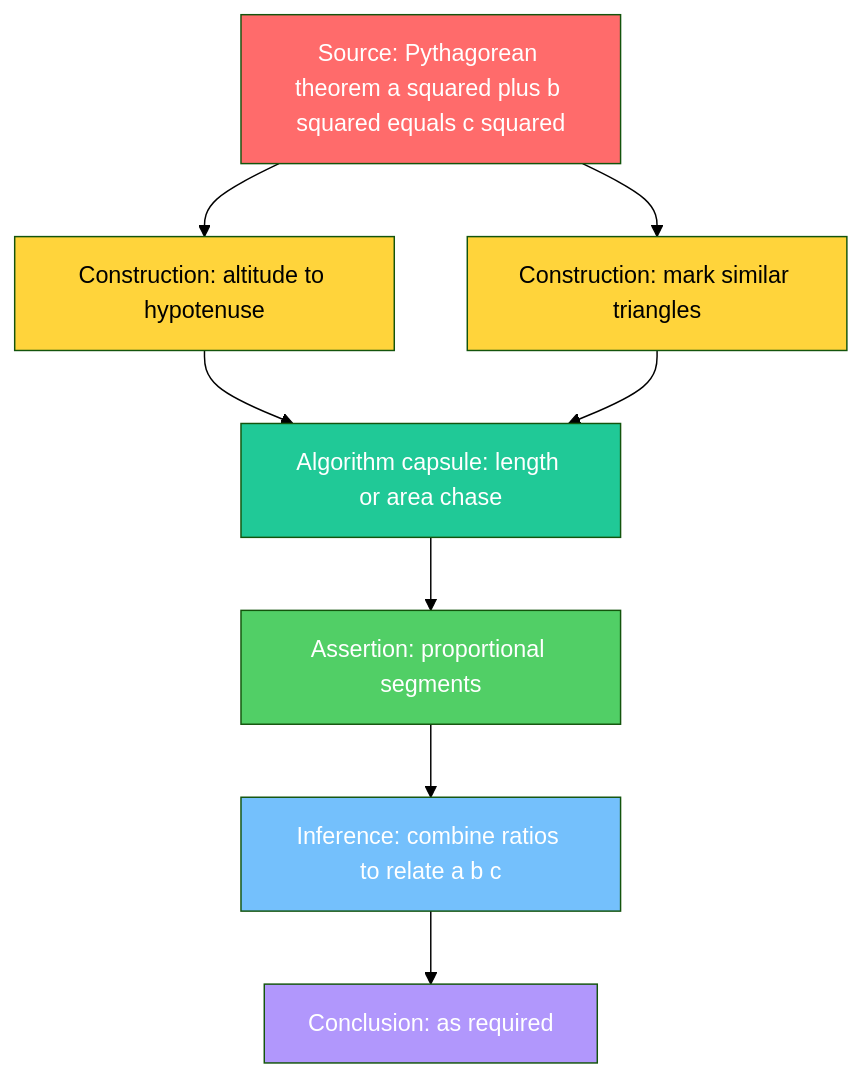
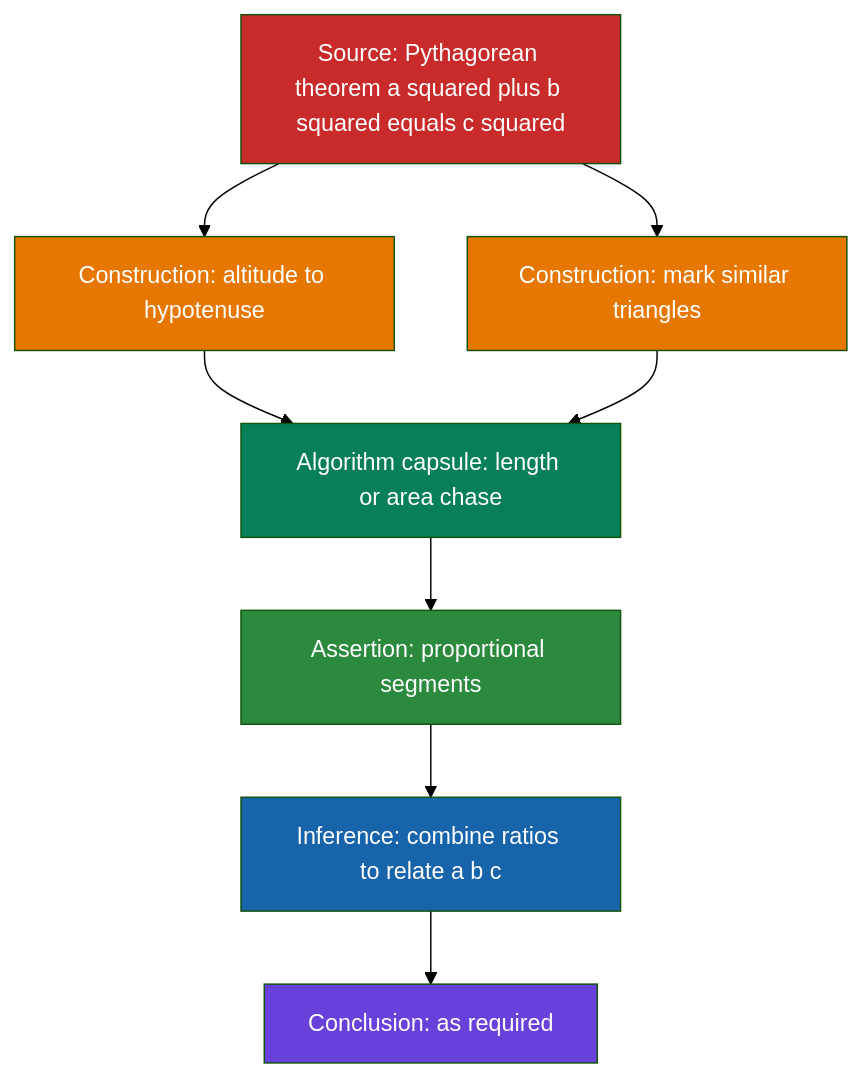
Before and after one commit to garywelz/progframe: the sixth of 8 diagrams in collaborations/mathematics-database/algorithms-axiomatic-theories-proofs-revised.md, drawn with Mermaid (forest theme). The commit also changed other lines of this file and 13 other files, not shown here.

First line of the commit message:
Improve figure contrast and label size in math paper PDF

````diff
--- a/collaborations/mathematics-database/algorithms-axiomatic-theories-proofs-revised.md
+++ b/collaborations/mathematics-database/algorithms-axiomatic-theories-proofs-revised.md
@@ -356,20 +356,20 @@
 ```mermaid
 flowchart TD
   T["Source: Pythagorean theorem a squared plus b squared equals c squared"]
   C1["Construction: altitude to hypotenuse"]
   C2["Construction: mark similar triangles"]
   AC["Algorithm capsule: length or area chase"]
   AS["Assertion: proportional segments"]
   I["Inference: combine ratios to relate a b c"]
   CO["Conclusion: as required"]
   T --> C1 --> AC
   T --> C2 --> AC
   AC --> AS --> I --> CO
-  style T fill:#ff6b6b,color:#fff
-  style C1 fill:#ffd43b,color:#000
-  style C2 fill:#ffd43b,color:#000
-  style AC fill:#20c997,color:#fff
-  style AS fill:#51cf66,color:#fff
-  style I fill:#74c0fc,color:#fff
-  style CO fill:#b197fc,color:#fff
+  style T fill:#c92a2a,color:#fff
+  style C1 fill:#e67700,color:#fff
+  style C2 fill:#e67700,color:#fff
+  style AC fill:#087f5b,color:#fff
+  style AS fill:#2b8a3e,color:#fff
+  style I fill:#1864ab,color:#fff
+  style CO fill:#6741d9,color:#fff
 ```
````
